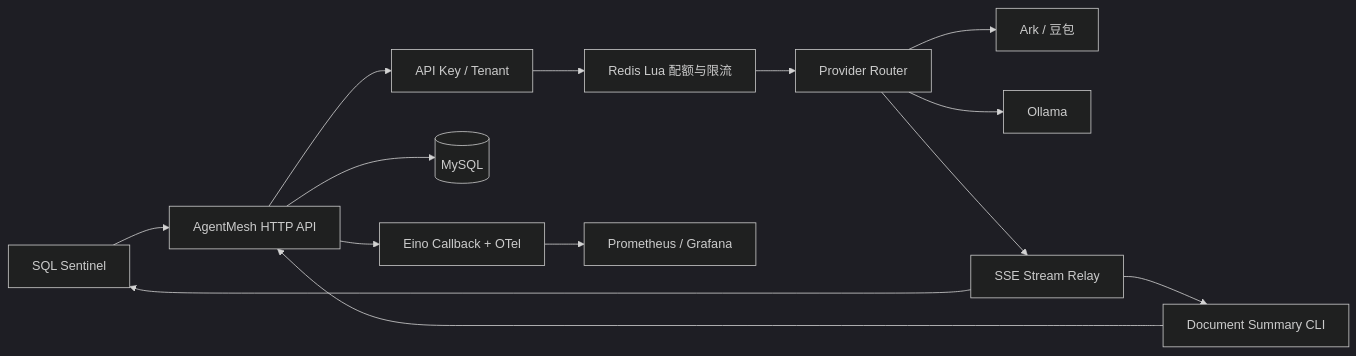
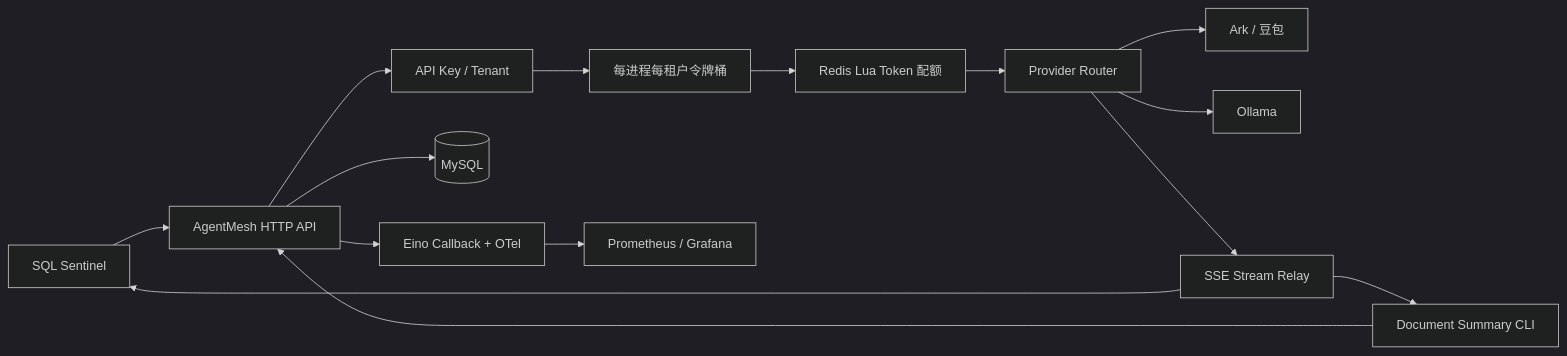
Before and after one commit to 17hwliao/AgentMesh: the first of 2 diagrams in README.md, drawn with Mermaid (dark theme). The commit also changed other lines of this file and 8 other files, not shown here.

Commit message:
feat: add tenant token bucket rate limiting

````diff
--- a/README.md
+++ b/README.md
@@ -265,16 +278,17 @@
 ```mermaid
 flowchart LR
     C1["SQL Sentinel"] --> API["AgentMesh HTTP API"]
     C2["Document Summary CLI"] --> API
     API --> AUTH["API Key / Tenant"]
-    AUTH --> QUOTA["Redis Lua 配额与限流"]
+    AUTH --> RATE["每进程每租户令牌桶"]
+    RATE --> QUOTA["Redis Lua Token 配额"]
     QUOTA --> ROUTER["Provider Router"]
     ROUTER --> ARK["Ark / 豆包"]
     ROUTER --> OLLAMA["Ollama"]
     ROUTER --> SSE["SSE Stream Relay"]
     SSE --> C1
     SSE --> C2
     API --> DB[("MySQL")]
     API --> OBS["Eino Callback + OTel"]
     OBS --> METRICS["Prometheus / Grafana"]
 ```
````
